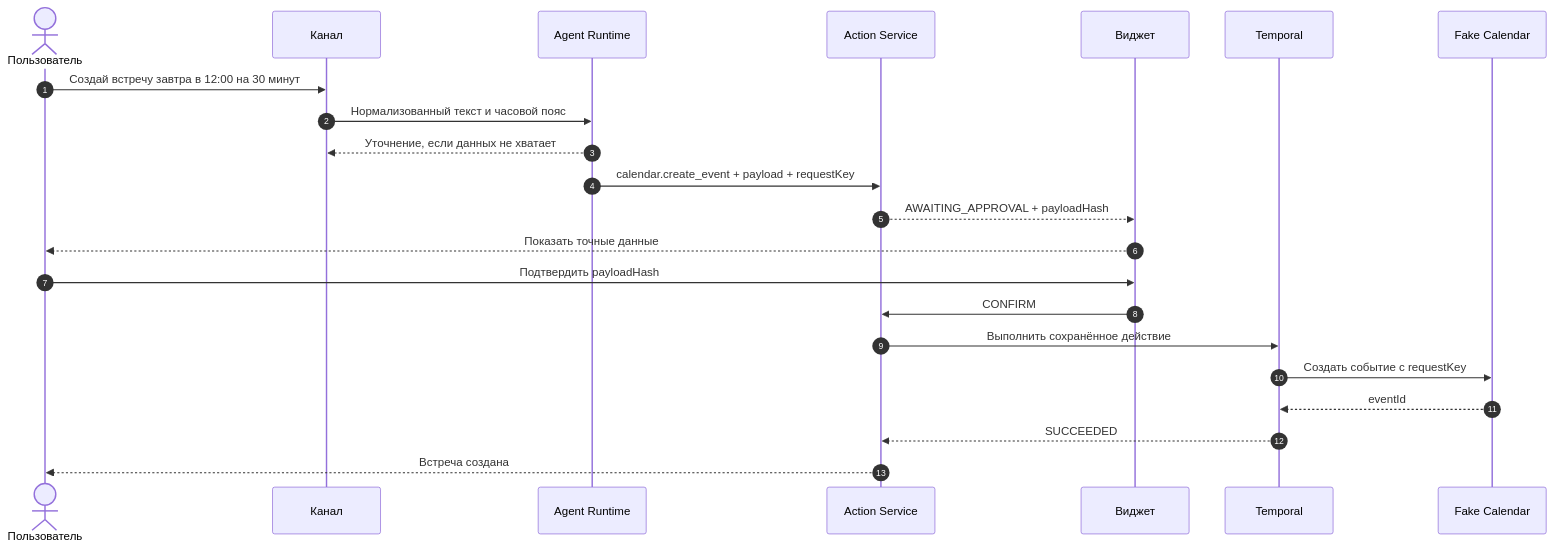
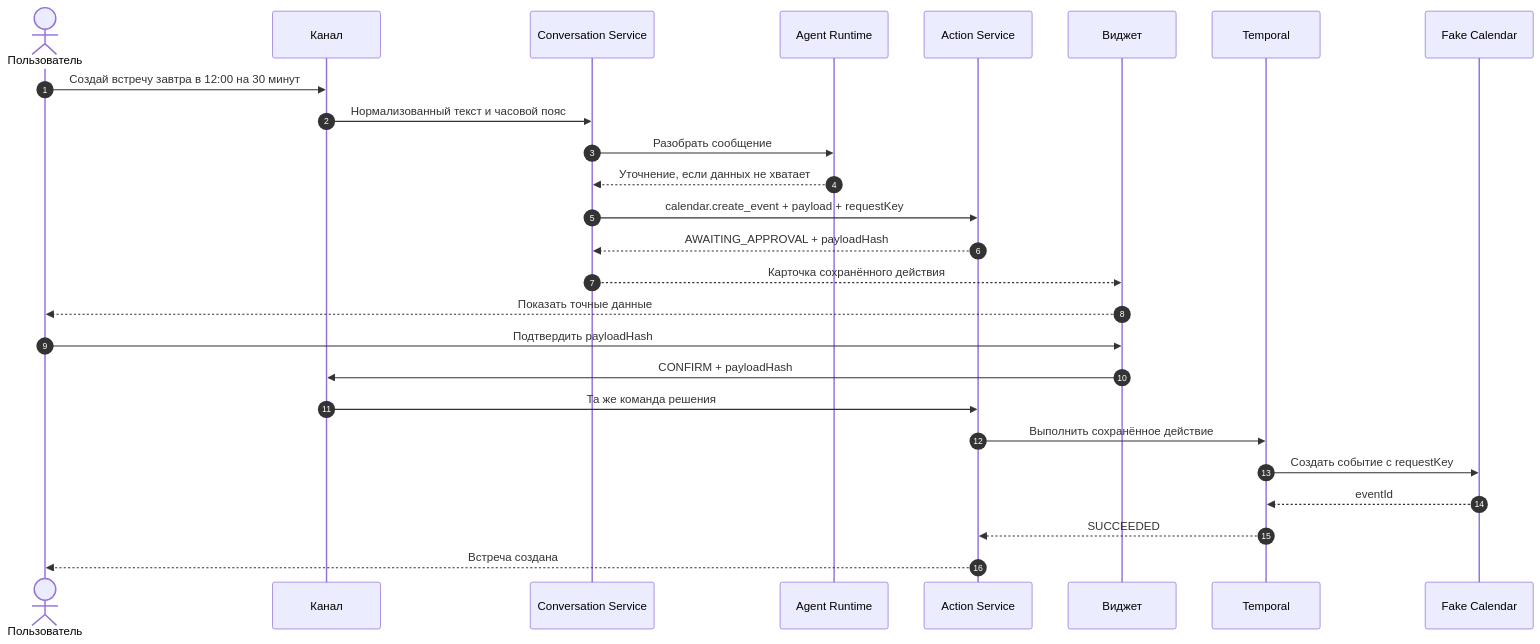
The first of 2 diagrams in docs/product/CALENDAR_EVENT_MVP.md (portable-agent/platform), drawn with Mermaid before and after one commit. The commit also changed 3 other files, not shown here.

Commit message:
docs: record channel decision flow

````diff
--- a/docs/product/CALENDAR_EVENT_MVP.md
+++ b/docs/product/CALENDAR_EVENT_MVP.md
@@ -28,25 +28,29 @@
 ```mermaid
 sequenceDiagram
     autonumber
     actor User as Пользователь
     participant Channel as Канал
+    participant Talk as Conversation Service
     participant Agent as Agent Runtime
     participant Action as Action Service
     participant Widget as Виджет
     participant Flow as Temporal
     participant Calendar as Fake Calendar
 
     User->>Channel: Создай встречу завтра в 12:00 на 30 минут
-    Channel->>Agent: Нормализованный текст и часовой пояс
-    Agent-->>Channel: Уточнение, если данных не хватает
-    Agent->>Action: calendar.create_event + payload + requestKey
-    Action-->>Widget: AWAITING_APPROVAL + payloadHash
+    Channel->>Talk: Нормализованный текст и часовой пояс
+    Talk->>Agent: Разобрать сообщение
+    Agent-->>Talk: Уточнение, если данных не хватает
+    Talk->>Action: calendar.create_event + payload + requestKey
+    Action-->>Talk: AWAITING_APPROVAL + payloadHash
+    Talk-->>Widget: Карточка сохранённого действия
     Widget-->>User: Показать точные данные
     User->>Widget: Подтвердить payloadHash
-    Widget->>Action: CONFIRM
+    Widget->>Channel: CONFIRM + payloadHash
+    Channel->>Action: Та же команда решения
     Action->>Flow: Выполнить сохранённое действие
     Flow->>Calendar: Создать событие с requestKey
     Calendar-->>Flow: eventId
     Flow-->>Action: SUCCEEDED
     Action-->>User: Встреча создана
 ```
````
